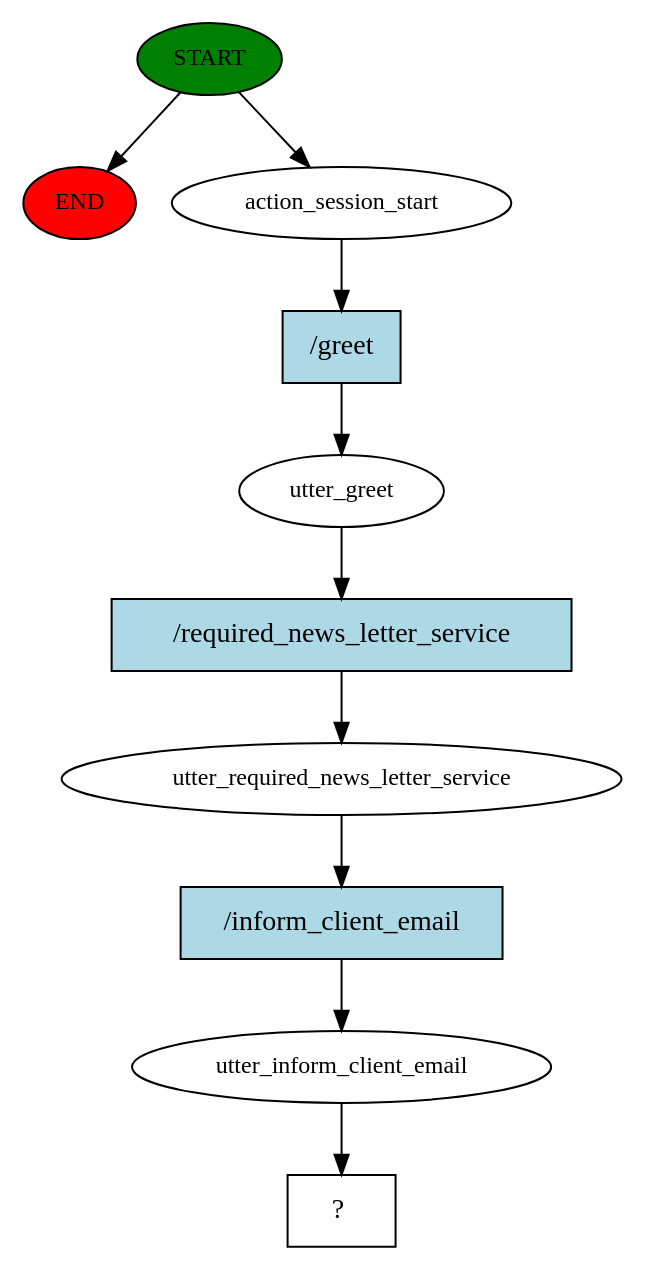
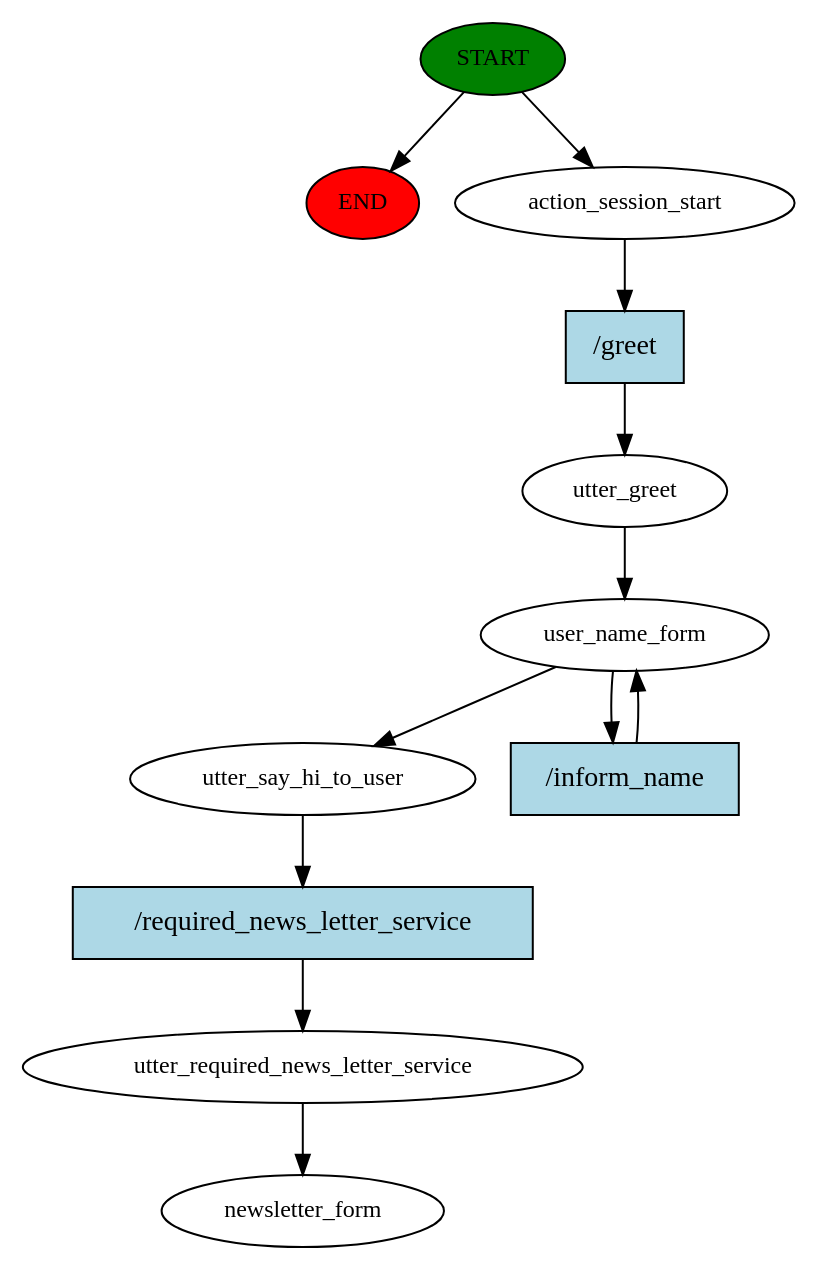
Before and after one commit to Chunshan-Theta/Mentor-MBTI: the diagram in newsletter/story_graph.dot, drawn with Graphviz. The commit also changed 7 other files, not shown here.

```diff
--- a/newsletter/story_graph.dot
+++ b/newsletter/story_graph.dot
@@ -1,21 +1,24 @@
 digraph  {
 0 [class="start active", fillcolor=green, fontsize=12, label=START, style=filled];
 "-1" [class=end, fillcolor=red, fontsize=12, label=END, style=filled];
 1 [class=active, fontsize=12, label=action_session_start];
 2 [class=active, fontsize=12, label=utter_greet];
-3 [class=active, fontsize=12, label=utter_required_news_letter_service];
-4 [class=active, fontsize=12, label=utter_inform_client_email];
-5 [class="intent dashed active", label="  ?  ", shape=rect];
-6 [class="intent active", fillcolor=lightblue, label="/greet", shape=rect, style=filled];
-7 [class="intent active", fillcolor=lightblue, label="/required_news_letter_service", shape=rect, style=filled];
-8 [class="intent active", fillcolor=lightblue, label="/inform_client_email", shape=rect, style=filled];
+3 [class=active, fontsize=12, label=user_name_form];
+5 [class=active, fontsize=12, label=utter_say_hi_to_user];
+6 [class=active, fontsize=12, label=utter_required_news_letter_service];
+7 [class="dashed active", fontsize=12, label=newsletter_form];
+8 [class="intent active", fillcolor=lightblue, label="/greet", shape=rect, style=filled];
+9 [class="intent active", fillcolor=lightblue, label="/inform_name", shape=rect, style=filled];
+10 [class="intent active", fillcolor=lightblue, label="/required_news_letter_service", shape=rect, style=filled];
 0 -> "-1"  [class="", key=NONE, label=""];
 0 -> 1  [class=active, key=NONE, label=""];
-1 -> 6  [class=active, key=0];
-2 -> 7  [class=active, key=0];
-3 -> 8  [class=active, key=0];
-4 -> 5  [class=active, key=NONE, label=""];
-6 -> 2  [class=active, key=0];
-7 -> 3  [class=active, key=0];
-8 -> 4  [class=active, key=0];
+1 -> 8  [class=active, key=0];
+2 -> 3  [class=active, key=NONE, label=""];
+3 -> 5  [class=active, key=NONE, label=""];
+3 -> 9  [class=active, key=0];
+5 -> 10  [class=active, key=0];
+6 -> 7  [class=active, key=NONE, label=""];
+8 -> 2  [class=active, key=0];
+9 -> 3  [class=active, key=0];
+10 -> 6  [class=active, key=0];
 }
```
